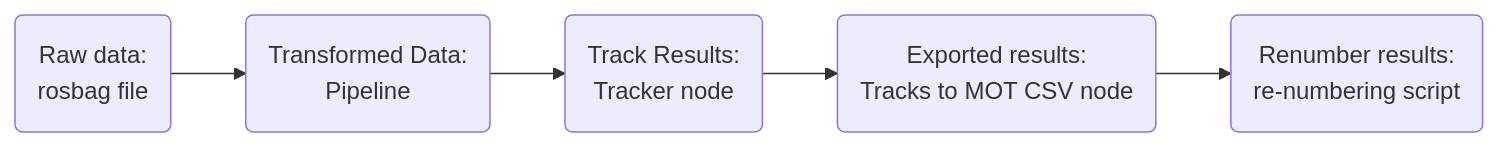
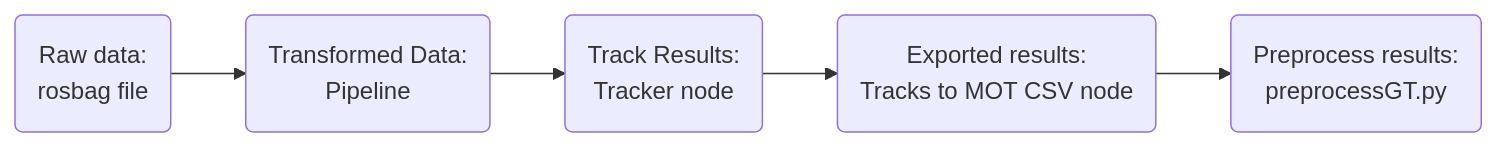
Before and after one commit to adrian-soch/cam_lidar_framework: the second of 2 diagrams in Metrics/README.md, drawn with Mermaid. The commit also changed other lines of this file and 1 other file, not shown here.

````diff
--- a/Metrics/README.md
+++ b/Metrics/README.md
@@ -22,7 +25,7 @@
 ```mermaid
 graph LR;
     RawData(Raw data: \n rosbag file)-->Trans(Transformed Data: \n Pipeline);
     Trans-->GroundTruth(Track Results: \n Tracker node);
     GroundTruth-->ExportedFormat(Exported results: \n Tracks to MOT CSV node);
-    ExportedFormat-->Final(Renumber results: \n re-numbering script)
+    ExportedFormat-->Final(Preprocess results: \n preprocessGT.py)
 ```
````
